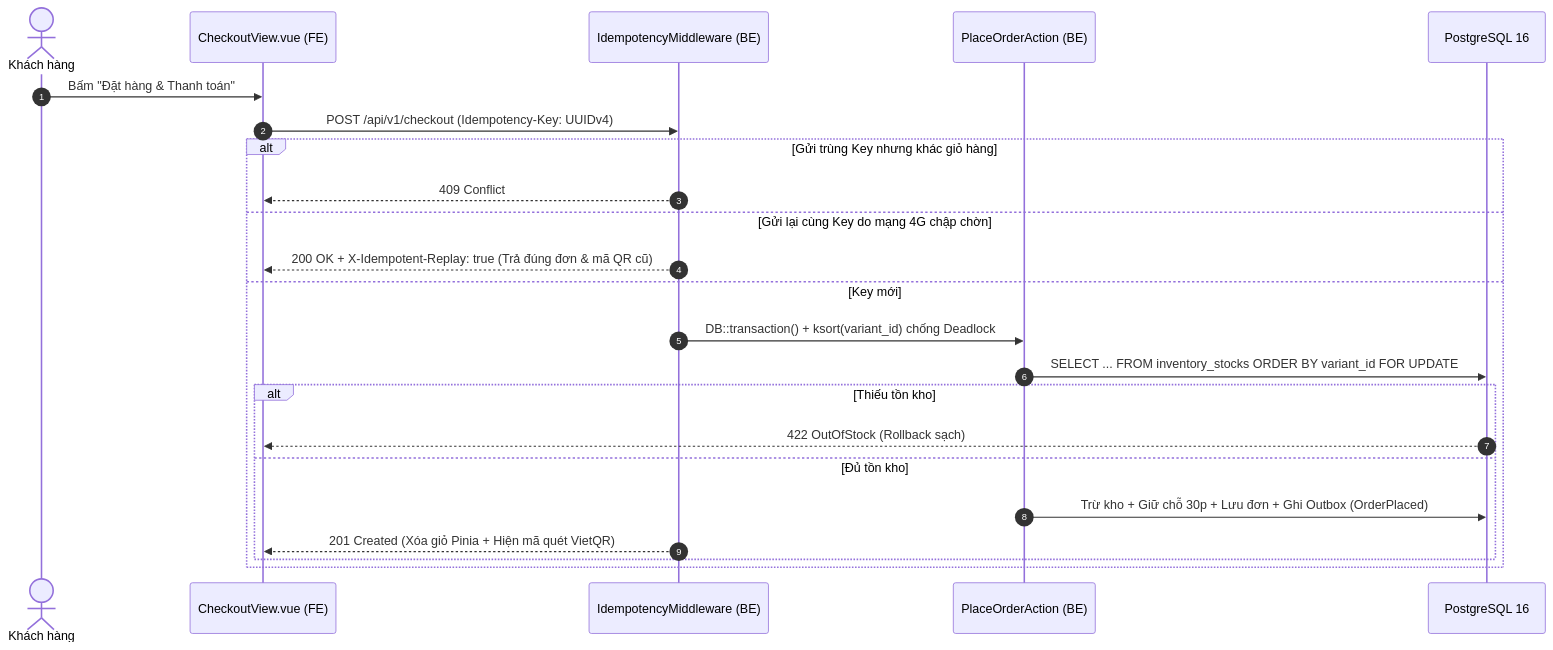
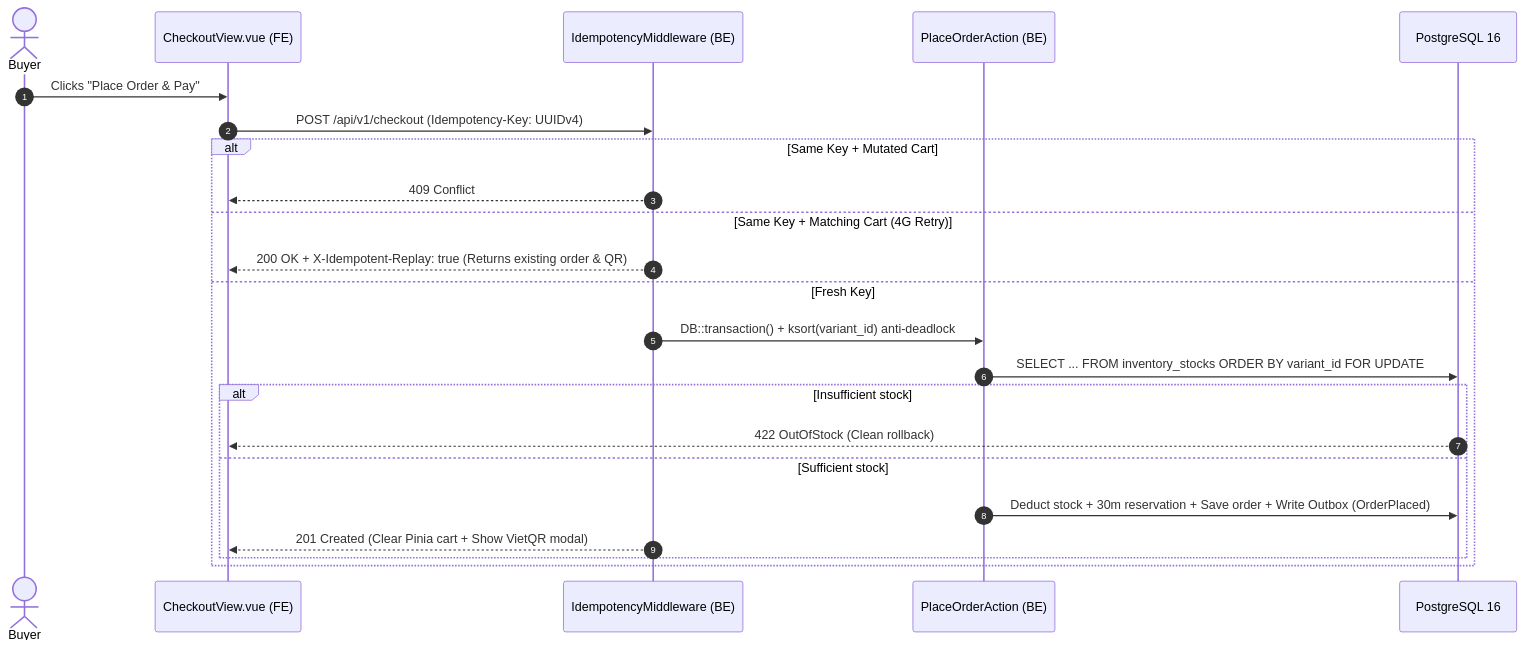
One commit to nguynbon03/VueLaravelProject changed the second of 3 diagrams in README.md. Above: the diagram before and after it, drawn with Mermaid. The commit also changed other lines of this file and 36 other files, not shown here.

````diff
--- a/README.md
+++ b/README.md
@@ -89,26 +114,26 @@
 ```mermaid
 sequenceDiagram
     autonumber
-    actor Buyer as Khách hàng
+    actor Buyer as Buyer
     participant Vue as CheckoutView.vue (FE)
     participant Idem as IdempotencyMiddleware (BE)
     participant Place as PlaceOrderAction (BE)
     participant DB as PostgreSQL 16
 
-    Buyer->>Vue: Bấm "Đặt hàng & Thanh toán"
+    Buyer->>Vue: Clicks "Place Order & Pay"
     Vue->>Idem: POST /api/v1/checkout (Idempotency-Key: UUIDv4)
-    alt Gửi trùng Key nhưng khác giỏ hàng
+    alt Same Key + Mutated Cart
         Idem-->>Vue: 409 Conflict
-    else Gửi lại cùng Key do mạng 4G chập chờn
-        Idem-->>Vue: 200 OK + X-Idempotent-Replay: true (Trả đúng đơn & mã QR cũ)
-    else Key mới
-        Idem->>Place: DB::transaction() + ksort(variant_id) chống Deadlock
+    else Same Key + Matching Cart (4G Retry)
+        Idem-->>Vue: 200 OK + X-Idempotent-Replay: true (Returns existing order & QR)
+    else Fresh Key
+        Idem->>Place: DB::transaction() + ksort(variant_id) anti-deadlock
         Place->>DB: SELECT ... FROM inventory_stocks ORDER BY variant_id FOR UPDATE
-        alt Thiếu tồn kho
-            DB-->>Vue: 422 OutOfStock (Rollback sạch)
-        else Đủ tồn kho
-            Place->>DB: Trừ kho + Giữ chỗ 30p + Lưu đơn + Ghi Outbox (OrderPlaced)
-            Idem-->>Vue: 201 Created (Xóa giỏ Pinia + Hiện mã quét VietQR)
+        alt Insufficient stock
+            DB-->>Vue: 422 OutOfStock (Clean rollback)
+        else Sufficient stock
+            Place->>DB: Deduct stock + 30m reservation + Save order + Write Outbox (OrderPlaced)
+            Idem-->>Vue: 201 Created (Clear Pinia cart + Show VietQR modal)
         end
     end
 ```
````
